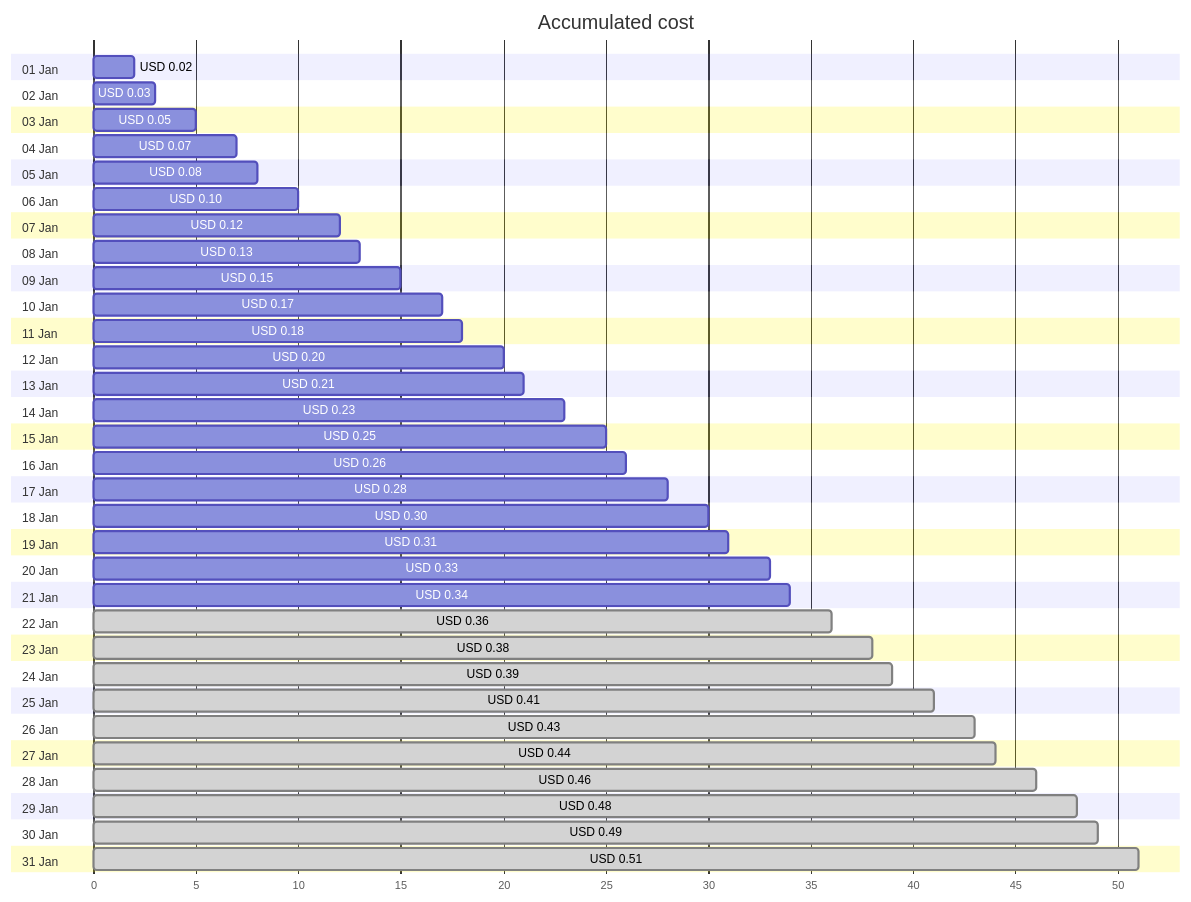
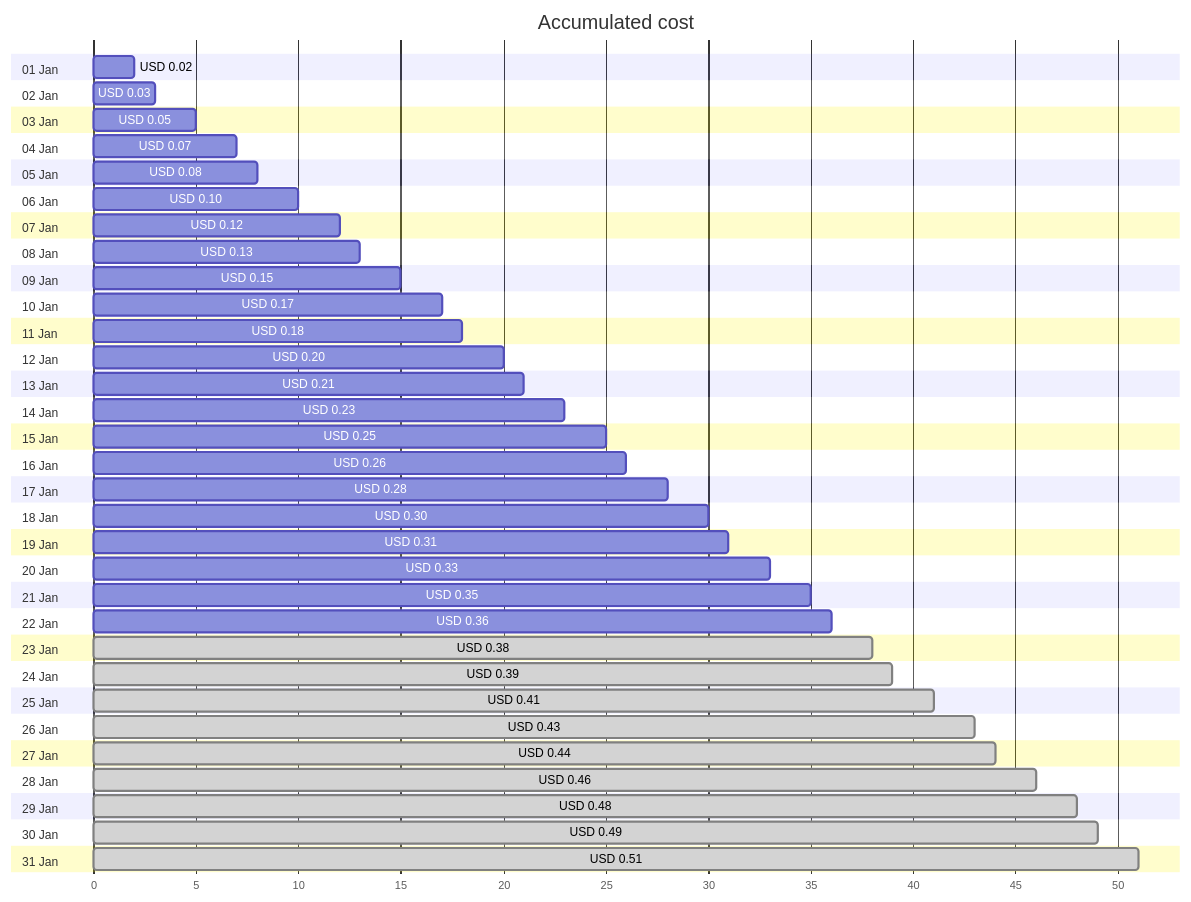
Before and after one commit to jpfulton/azure-personal-reports: the first of 4 diagrams in cost-reports/personal-dns/jpatrickfulton.dev.md, drawn with Mermaid. The commit also changed other lines of this file and 2 other files, not shown here.

````diff
--- a/cost-reports/personal-dns/jpatrickfulton.dev.md
+++ b/cost-reports/personal-dns/jpatrickfulton.dev.md
@@ -20,68 +20,68 @@
 ```mermaid
 gantt
    title Accumulated cost
    dateFormat  X
    axisFormat %s
    section 01 Jan
    USD 0.02 :0, 2
    section 02 Jan
    USD 0.03 :0, 3
    section 03 Jan
    USD 0.05 :0, 5
    section 04 Jan
    USD 0.07 :0, 7
    section 05 Jan
    USD 0.08 :0, 8
    section 06 Jan
    USD 0.10 :0, 10
    section 07 Jan
    USD 0.12 :0, 12
    section 08 Jan
    USD 0.13 :0, 13
    section 09 Jan
    USD 0.15 :0, 15
    section 10 Jan
    USD 0.17 :0, 17
    section 11 Jan
    USD 0.18 :0, 18
    section 12 Jan
    USD 0.20 :0, 20
    section 13 Jan
    USD 0.21 :0, 21
    section 14 Jan
    USD 0.23 :0, 23
    section 15 Jan
    USD 0.25 :0, 25
    section 16 Jan
    USD 0.26 :0, 26
    section 17 Jan
    USD 0.28 :0, 28
    section 18 Jan
    USD 0.30 :0, 30
    section 19 Jan
    USD 0.31 :0, 31
    section 20 Jan
    USD 0.33 :0, 33
    section 21 Jan
-   USD 0.34 :0, 34
+   USD 0.35 :0, 35
    section 22 Jan
-   USD 0.36 : done, 0, 36
+   USD 0.36 :0, 36
    section 23 Jan
    USD 0.38 : done, 0, 38
    section 24 Jan
    USD 0.39 : done, 0, 39
    section 25 Jan
    USD 0.41 : done, 0, 41
    section 26 Jan
    USD 0.43 : done, 0, 43
    section 27 Jan
    USD 0.44 : done, 0, 44
    section 28 Jan
    USD 0.46 : done, 0, 46
    section 29 Jan
    USD 0.48 : done, 0, 48
    section 30 Jan
    USD 0.49 : done, 0, 49
    section 31 Jan
    USD 0.51 : done, 0, 51
 ```
````
